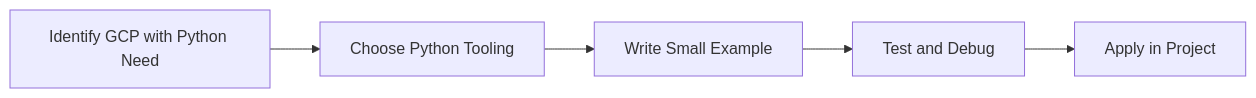
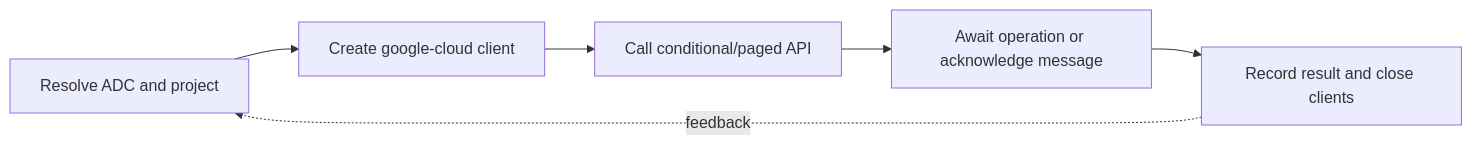
Before and after one commit to SYMOIZ/E-Learning-Portal: the diagram in Python-Mastery/Advanced/36-gcp-with-python.md, drawn with Mermaid. The commit also changed other lines of this file and 116 other files, not shown here.

````diff
--- a/Python-Mastery/Advanced/36-gcp-with-python.md
+++ b/Python-Mastery/Advanced/36-gcp-with-python.md
@@ -133,7 +159,8 @@
 ```mermaid
 flowchart LR
-    A[Identify GCP with Python Need] --> B[Choose Python Tooling]
-    B --> C[Write Small Example]
-    C --> D[Test and Debug]
-    D --> E[Apply in Project]
+    A[Resolve ADC and project] --> B[Create google-cloud client]
+    B --> C[Call conditional/paged API]
+    C --> D[Await operation or acknowledge message]
+    D --> E[Record result and close clients]
+    E -. feedback .-> A
 ```
````
